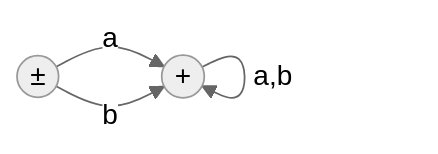
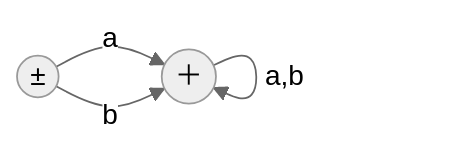
One commit to ufidon/ct changed the fourth of 19 diagrams in review/mid/README.md. Above: the diagram before and after it, drawn with Mermaid (neutral theme). The commit also changed other lines of this file, not shown here.

Commit message:
fixed mermaid

````diff
--- a/review/mid/README.md
+++ b/review/mid/README.md
@@ -138,8 +138,8 @@
 ```mermaid
 flowchart LR
   p1(("±"))
-  p2(("+"))
+  p2(("＋"))
   p1-->|a|p2
   p1-->|b|p2
   p2-->|"a,b"|p2
 ```
````
